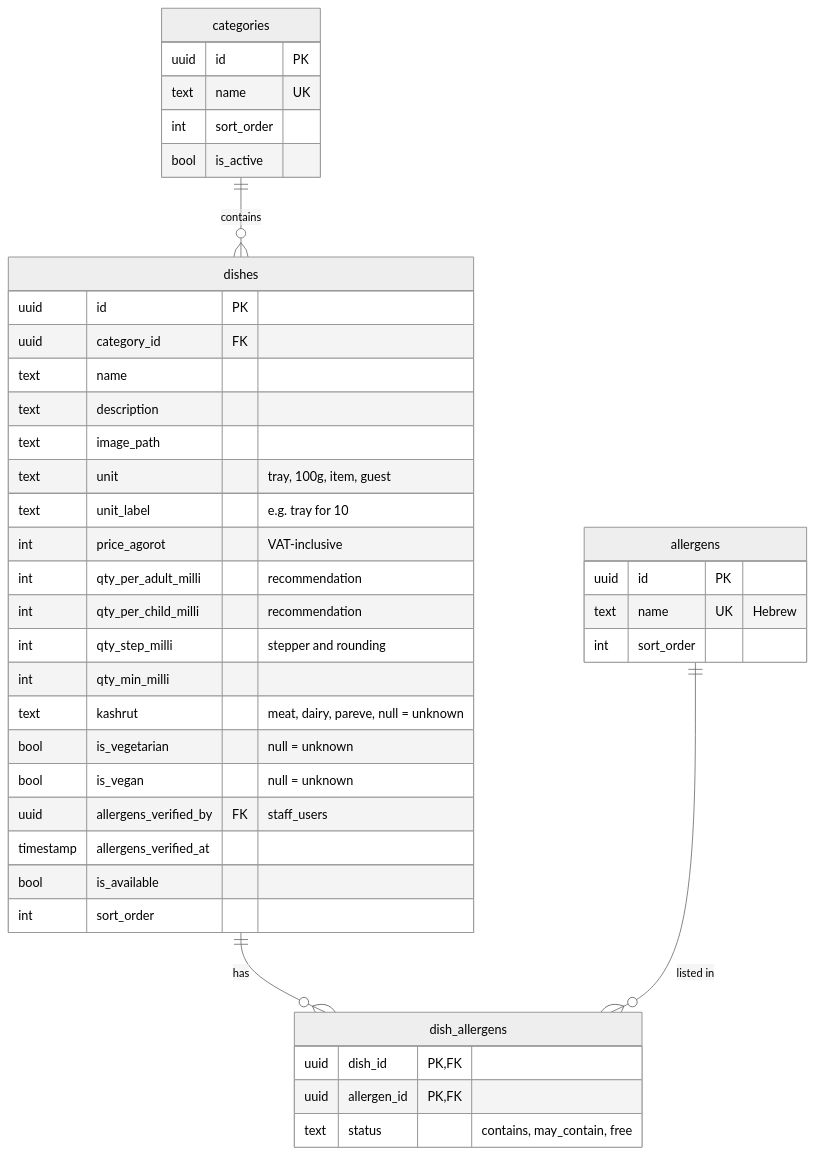
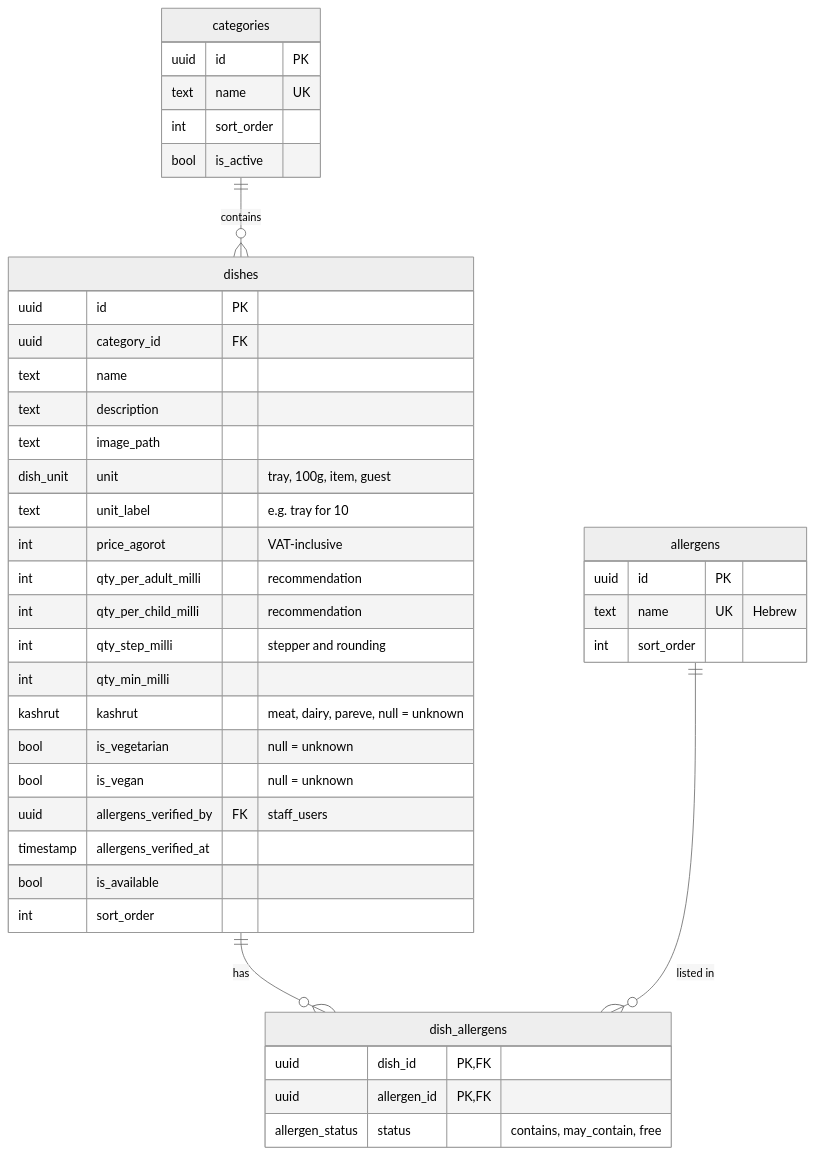
Before and after one commit to JonathanZouari/ai-catering-platform: the second of 5 diagrams in docs/ERD.md, drawn with Mermaid (neutral theme). The commit also changed other lines of this file and 7 other files, not shown here.

````diff
--- a/docs/ERD.md
+++ b/docs/ERD.md
@@ -45,43 +45,43 @@
 ```mermaid
 erDiagram
   categories ||--o{ dishes : "contains"
   dishes ||--o{ dish_allergens : "has"
   allergens ||--o{ dish_allergens : "listed in"
   categories {
     uuid id PK
     text name UK
     int sort_order
     bool is_active
   }
   dishes {
     uuid id PK
     uuid category_id FK
     text name
     text description
     text image_path
-    text unit "tray, 100g, item, guest"
+    dish_unit unit "tray, 100g, item, guest"
     text unit_label "e.g. tray for 10"
     int price_agorot "VAT-inclusive"
     int qty_per_adult_milli "recommendation"
     int qty_per_child_milli "recommendation"
     int qty_step_milli "stepper and rounding"
     int qty_min_milli
-    text kashrut "meat, dairy, pareve, null = unknown"
+    kashrut kashrut "meat, dairy, pareve, null = unknown"
     bool is_vegetarian "null = unknown"
     bool is_vegan "null = unknown"
     uuid allergens_verified_by FK "staff_users"
     timestamp allergens_verified_at
     bool is_available
     int sort_order
   }
   allergens {
     uuid id PK
     text name UK "Hebrew"
     int sort_order
   }
   dish_allergens {
     uuid dish_id PK, FK
     uuid allergen_id PK, FK
-    text status "contains, may_contain, free"
+    allergen_status status "contains, may_contain, free"
   }
 ```
````
